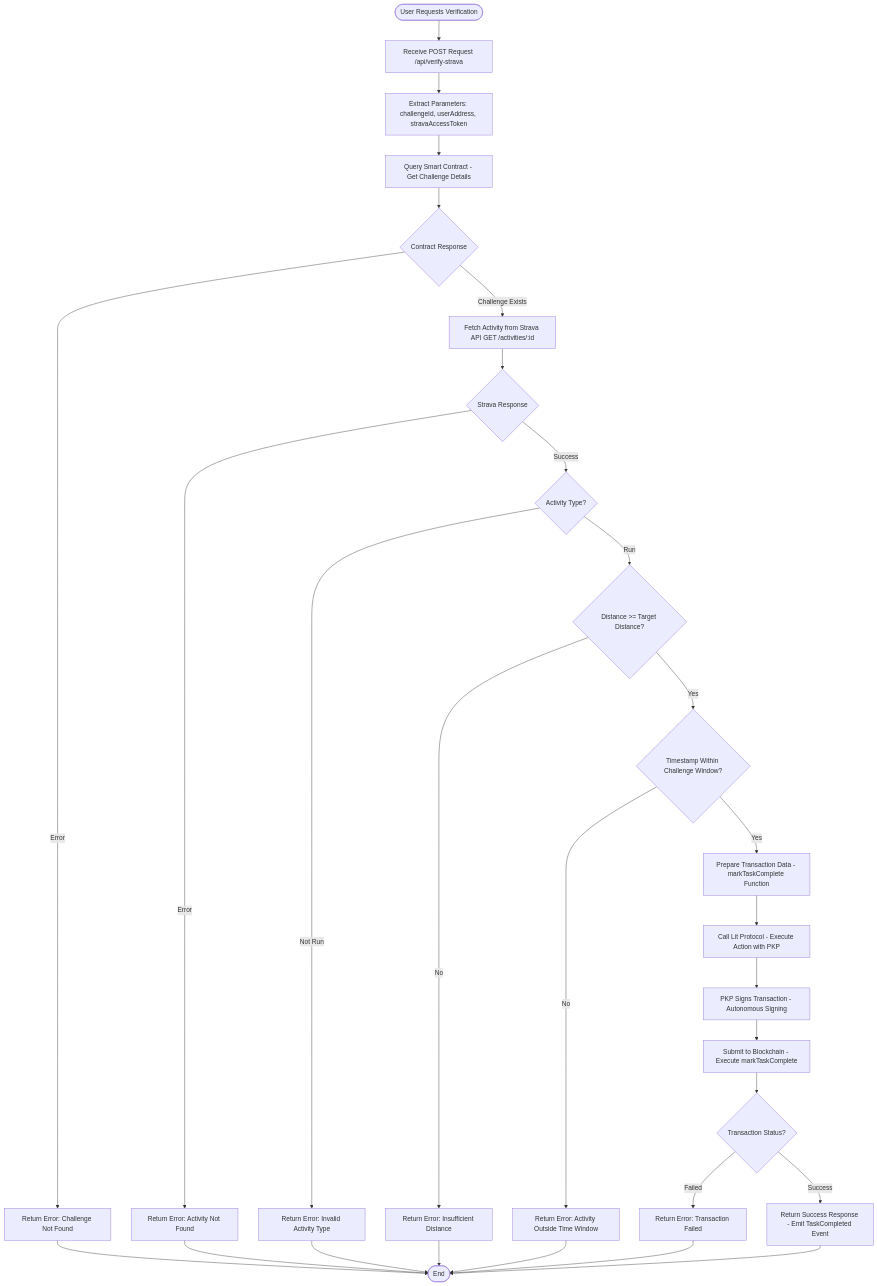
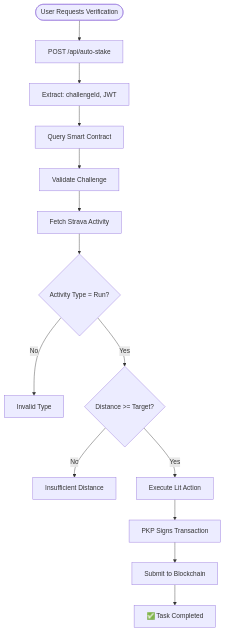
Before and after one commit to Kushagra1122/fitStake: the fourth of 4 diagrams in README.md, drawn with Mermaid. The commit also changed other lines of this file and 1 other file, not shown here.

````diff
--- a/README.md
+++ b/README.md
@@ -904,46 +264,16 @@
 ```mermaid
 flowchart TD
-    Start([User Requests Verification]) --> Request[Receive POST Request /api/verify-strava]
-    
-    Request --> Extract[Extract Parameters: challengeId, userAddress, stravaAccessToken]
-    
-    Extract --> GetContract[Query Smart Contract - Get Challenge Details]
-    
-    GetContract --> ContractData{Contract Response}
-    
-    ContractData -->|Challenge Exists| FetchStrava[Fetch Activity from Strava API GET /activities/:id]
-    ContractData -->|Error| Error1[Return Error: Challenge Not Found]
-    
-    FetchStrava --> StravaData{Strava Response}
-    
-    StravaData -->|Success| ValidateType{Activity Type?}
-    StravaData -->|Error| Error2[Return Error: Activity Not Found]
-    
-    ValidateType -->|Not Run| Error3[Return Error: Invalid Activity Type]
-    ValidateType -->|Run| ValidateDistance{Distance >= Target Distance?}
-    
-    ValidateDistance -->|No| Error4[Return Error: Insufficient Distance]
-    ValidateDistance -->|Yes| ValidateTime{Timestamp Within Challenge Window?}
-    
-    ValidateTime -->|No| Error5[Return Error: Activity Outside Time Window]
-    ValidateTime -->|Yes| PrepareTX[Prepare Transaction Data - markTaskComplete Function]
-    
-    PrepareTX --> CallLit[Call Lit Protocol - Execute Action with PKP]
-    
-    CallLit --> PKPSign[PKP Signs Transaction - Autonomous Signing]
-    
-    PKPSign --> SubmitTx[Submit to Blockchain - Execute markTaskComplete]
-    
-    SubmitTx --> TxStatus{Transaction Status?}
-    
-    TxStatus -->|Success| Success[Return Success Response - Emit TaskCompleted Event]
-    TxStatus -->|Failed| Error6[Return Error: Transaction Failed]
-    
-    Error1 --> End([End])
-    Error2 --> End
-    Error3 --> End
-    Error4 --> End
-    Error5 --> End
-    Error6 --> End
-    Success --> End
+    Start([User Requests Verification]) --> Request[POST /api/auto-stake]
+    Request --> Extract[Extract: challengeId, JWT]
+    Extract --> GetContract[Query Smart Contract]
+    GetContract --> Validate[Validate Challenge]
+    Validate --> FetchStrava[Fetch Strava Activity]
+    FetchStrava --> CheckType{Activity Type = Run?}
+    CheckType -->|No| Error1[Invalid Type]
+    CheckType -->|Yes| CheckDistance{Distance >= Target?}
+    CheckDistance -->|No| Error2[Insufficient Distance]
+    CheckDistance -->|Yes| LitAction[Execute Lit Action]
+    LitAction --> PKPSign[PKP Signs Transaction]
+    PKPSign --> Submit[Submit to Blockchain]
+    Submit --> Success[✅ Task Completed]
 ```
````
